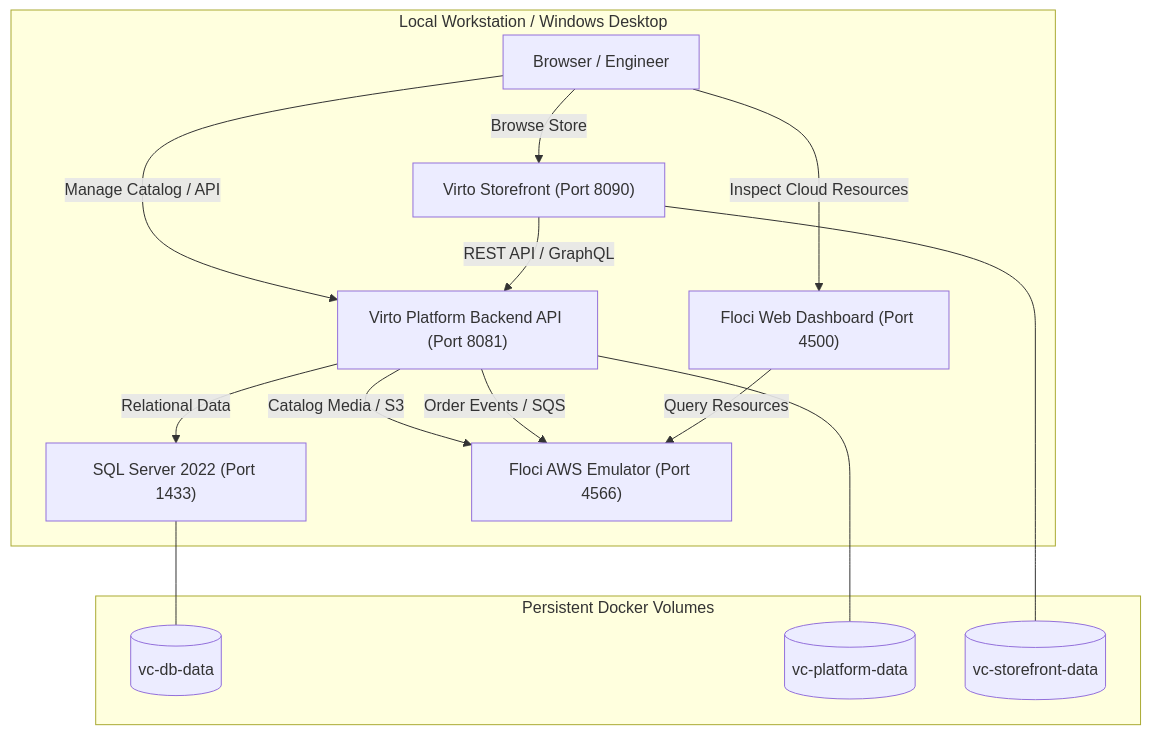
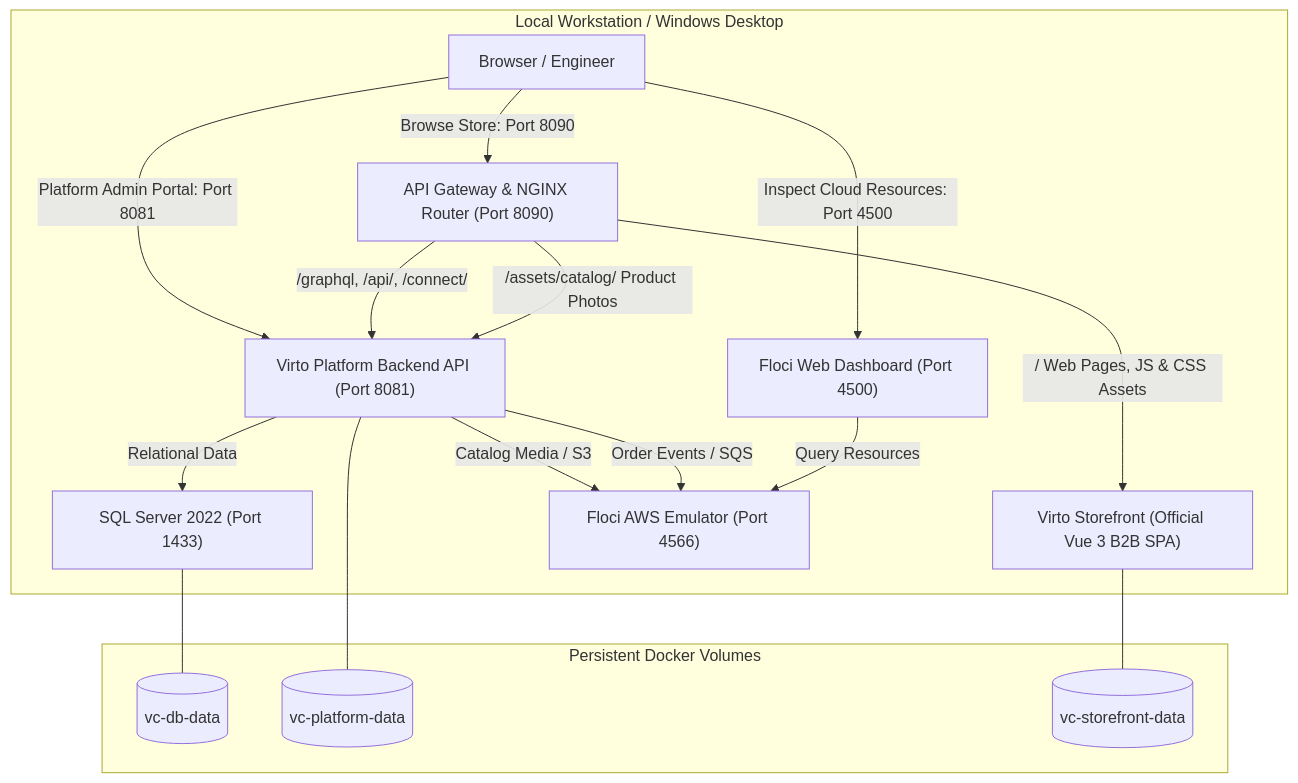
One commit to kaushalpatil205/virto-commerce-aws changed the first of 2 diagrams in README.md. Above: the diagram before and after it, drawn with Mermaid. The commit also changed other lines of this file and 15 other files, not shown here.

Commit message:
feat: modernize Virto Commerce deployment with Vue 3 B2B Storefront, API Gateway, and GraphQL Experience APIs

````diff
--- a/README.md
+++ b/README.md
@@ -40,32 +40,36 @@
 ```mermaid
 graph TD
     Client["Browser / Engineer"]
     
     subgraph Host["Local Workstation / Windows Desktop"]
-        Storefront["Virto Storefront (Port 8090)"]
+        Gateway["API Gateway & NGINX Router (Port 8090)"]
+        Storefront["Virto Storefront (Official Vue 3 B2B SPA)"]
         Platform["Virto Platform Backend API (Port 8081)"]
         SQL["SQL Server 2022 (Port 1433)"]
         Floci["Floci AWS Emulator (Port 4566)"]
         FlociUI["Floci Web Dashboard (Port 4500)"]
         
-        Client -->|Browse Store| Storefront
-        Client -->|Manage Catalog / API| Platform
-        Client -->|Inspect Cloud Resources| FlociUI
+        Client -->|Browse Store: Port 8090| Gateway
+        Client -->|Platform Admin Portal: Port 8081| Platform
+        Client -->|Inspect Cloud Resources: Port 4500| FlociUI
         
-        Storefront -->|REST API / GraphQL| Platform
+        Gateway -->|/ Web Pages, JS & CSS Assets| Storefront
+        Gateway -->|/graphql, /api/, /connect/| Platform
+        Gateway -->|/assets/catalog/ Product Photos| Platform
+        
         Platform -->|Relational Data| SQL
         Platform -->|Catalog Media / S3| Floci
         Platform -->|Order Events / SQS| Floci
         FlociUI -->|Query Resources| Floci
     end
     
     subgraph Storage["Persistent Docker Volumes"]
         DBVol[("vc-db-data")]
         PlatformVol[("vc-platform-data")]
         StorefrontVol[("vc-storefront-data")]
         
         SQL --- DBVol
         Platform --- PlatformVol
         Storefront --- StorefrontVol
     end
 ```
````
